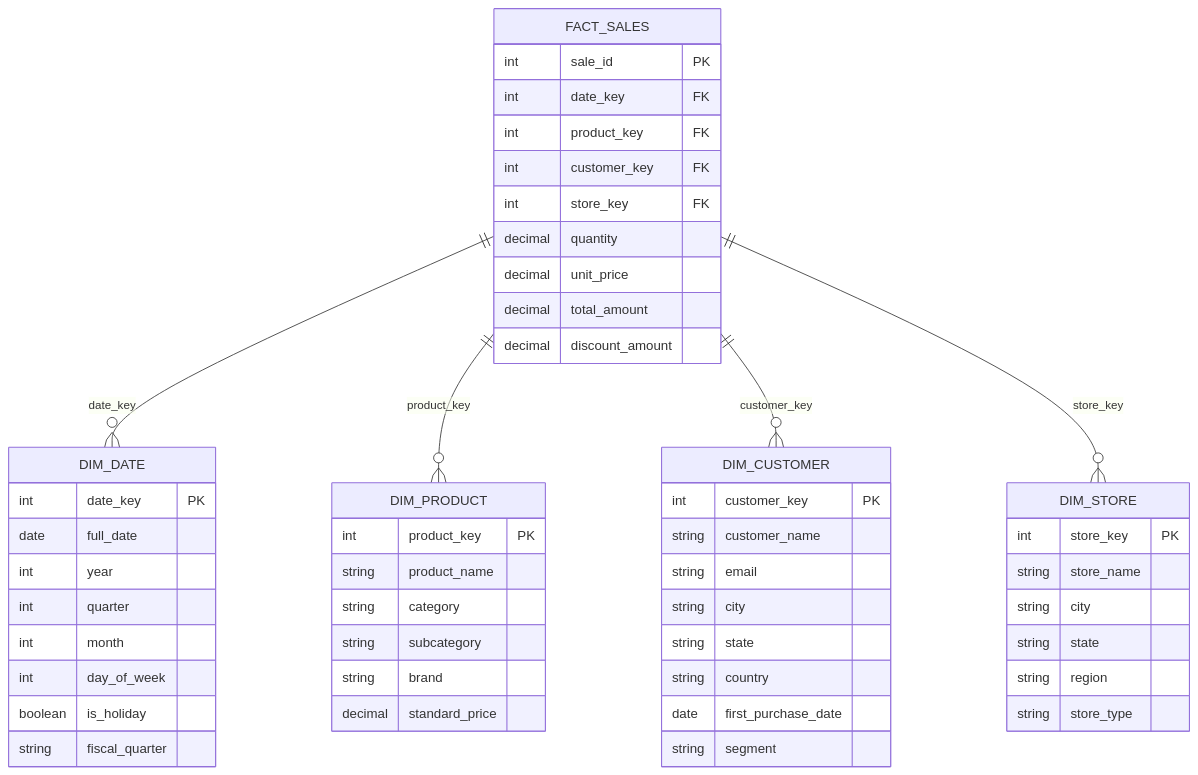
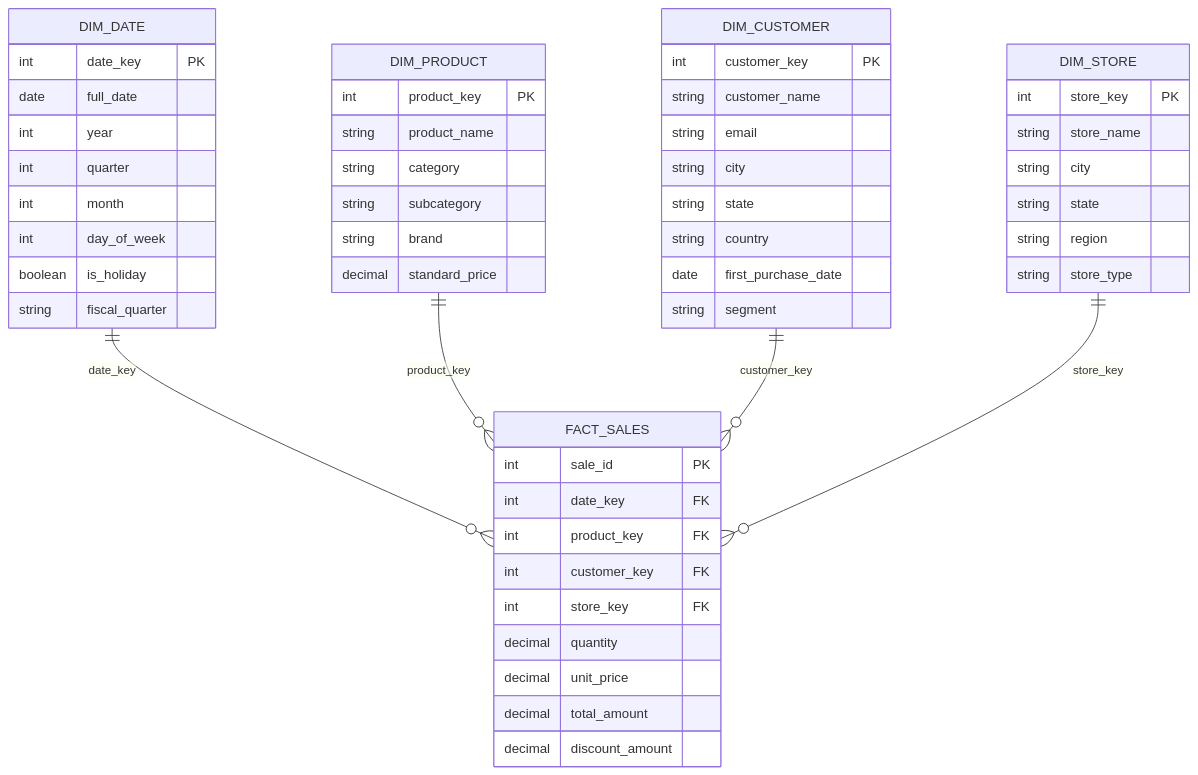
The first of 3 diagrams in posts/2026-02-13-dimensional-modeling-guide/README.md (OneUptime/blog), drawn with Mermaid before and after one commit. The commit also changed other lines of this file and 2 other files, not shown here.

````diff
--- a/posts/2026-02-13-dimensional-modeling-guide/README.md
+++ b/posts/2026-02-13-dimensional-modeling-guide/README.md
@@ -21,55 +21,55 @@
 ```mermaid
 erDiagram
     FACT_SALES {
         int sale_id PK
         int date_key FK
         int product_key FK
         int customer_key FK
         int store_key FK
         decimal quantity
         decimal unit_price
         decimal total_amount
         decimal discount_amount
     }
     DIM_DATE {
         int date_key PK
         date full_date
         int year
         int quarter
         int month
         int day_of_week
         boolean is_holiday
         string fiscal_quarter
     }
     DIM_PRODUCT {
         int product_key PK
         string product_name
         string category
         string subcategory
         string brand
         decimal standard_price
     }
     DIM_CUSTOMER {
         int customer_key PK
         string customer_name
         string email
         string city
         string state
         string country
         date first_purchase_date
         string segment
     }
     DIM_STORE {
         int store_key PK
         string store_name
         string city
         string state
         string region
         string store_type
     }
 
-    FACT_SALES ||--o{ DIM_DATE : "date_key"
-    FACT_SALES ||--o{ DIM_PRODUCT : "product_key"
-    FACT_SALES ||--o{ DIM_CUSTOMER : "customer_key"
-    FACT_SALES ||--o{ DIM_STORE : "store_key"
+    DIM_DATE ||--o{ FACT_SALES : "date_key"
+    DIM_PRODUCT ||--o{ FACT_SALES : "product_key"
+    DIM_CUSTOMER ||--o{ FACT_SALES : "customer_key"
+    DIM_STORE ||--o{ FACT_SALES : "store_key"
 ```
````
